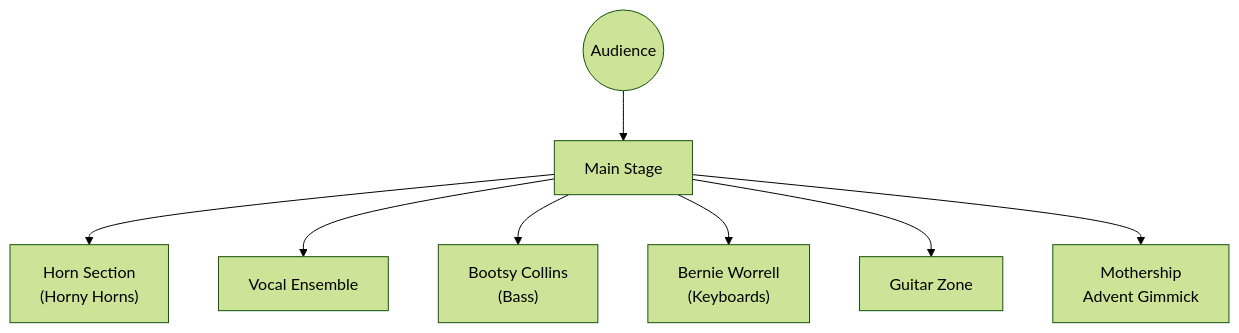
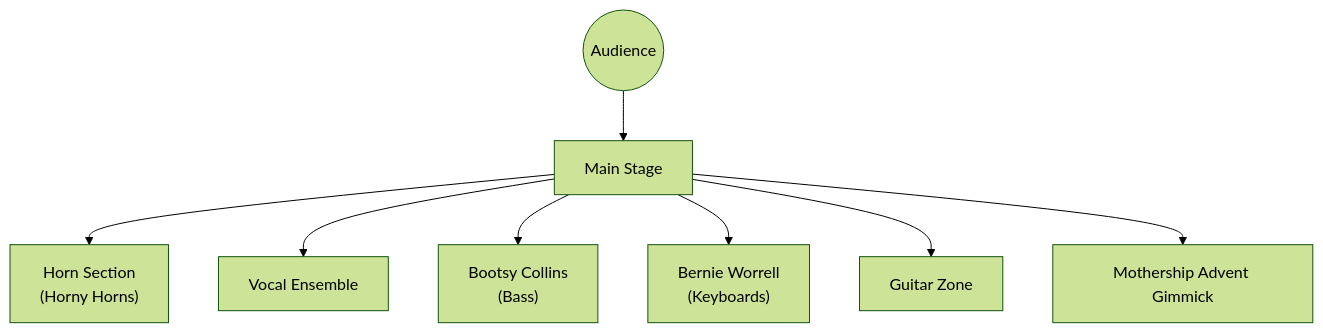
The fourth of 4 diagrams in en/_posts/2025-11-15-column-parliament-funkadelic.md (monumental-movement/monumental-movement.github.io), drawn with Mermaid (forest theme) before and after one commit. The commit also changed other lines of this file and 371 other files, not shown here.

```diff
--- a/en/_posts/2025-11-15-column-parliament-funkadelic.md
+++ b/en/_posts/2025-11-15-column-parliament-funkadelic.md
@@ -287,13 +290,11 @@
 <div class="mermaid">
-
 flowchart TD
     Audience((Audience)) --> Stage[Main Stage]
 
-    Stage --> Horns["Horn Section\n(Horny Horns)"]
+    Stage --> Horns["Horn Section<br/>(Horny Horns)"]
     Stage --> Vocals["Vocal Ensemble"]
-    Stage --> Bootsy["Bootsy Collins\n(Bass)"]
-    Stage --> Bernie["Bernie Worrell\n(Keyboards)"]
+    Stage --> Bootsy["Bootsy Collins<br/>(Bass)"]
+    Stage --> Bernie["Bernie Worrell<br/>(Keyboards)"]
     Stage --> Guitar["Guitar Zone"]
-    Stage --> Ship["Mothership\nAdvent Gimmick"]
-
+    Stage --> Ship["Mothership Advent Gimmick"]
 </div>
```
